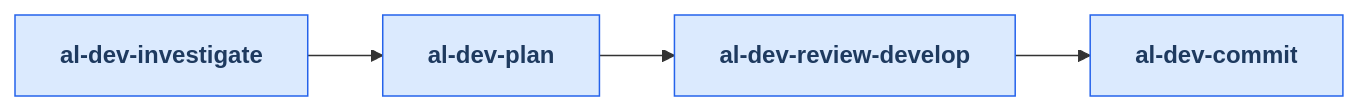
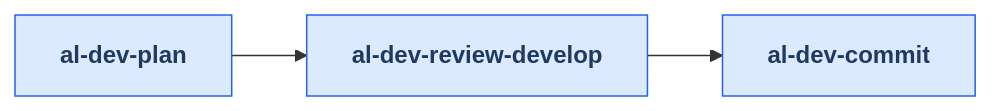
One commit to russell-laing/al-dev-shared changed the second of 4 diagrams in docs/al-dev-plugin-graph.md. Above: the diagram before and after it, drawn with Mermaid. The commit also changed other lines of this file and 5 other files, not shown here.

````diff
--- a/docs/al-dev-plugin-graph.md
+++ b/docs/al-dev-plugin-graph.md
@@ -456,17 +450,14 @@
 ```mermaid
 flowchart LR
     classDef skillNode fill:#dbeafe,stroke:#2563eb,color:#1e3a5f,font-weight:bold
-    skill_al_dev_investigate[al-dev-investigate]
     skill_al_dev_plan[al-dev-plan]
     skill_al_dev_review_develop[al-dev-review-develop]
     skill_al_dev_commit[al-dev-commit]
 
-    skill_al_dev_investigate --> skill_al_dev_plan
     skill_al_dev_plan --> skill_al_dev_review_develop
     skill_al_dev_review_develop --> skill_al_dev_commit
 
-    class skill_al_dev_investigate skillNode
     class skill_al_dev_plan skillNode
     class skill_al_dev_review_develop skillNode
     class skill_al_dev_commit skillNode
 ```
````
